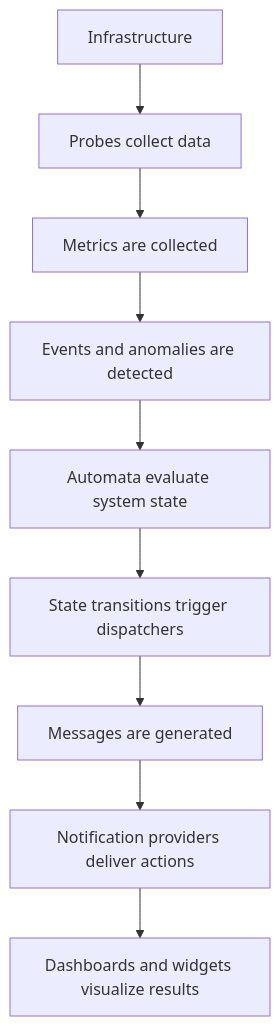
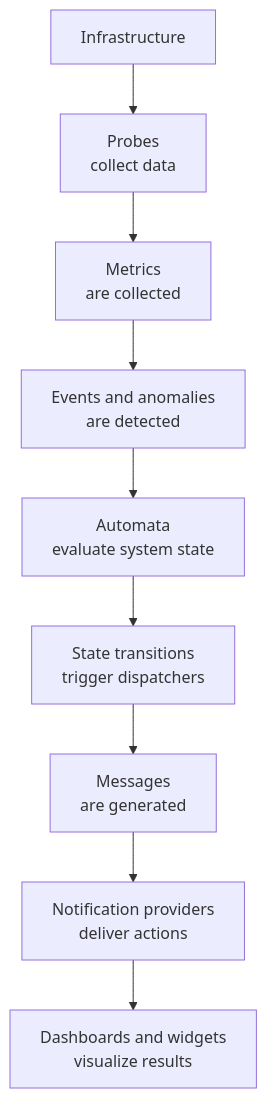
The diagram in docs/monitoring_lifecycle.md (xautomata/User-Interface-Manual), drawn with Mermaid before and after one commit. The commit also changed 9 other files, not shown here.

````diff
--- a/docs/monitoring_lifecycle.md
+++ b/docs/monitoring_lifecycle.md
@@ -13,22 +13,22 @@
 ```mermaid
 flowchart TD
 
 INF["Infrastructure"]
-P["Probes collect data"]
-M["Metrics are collected"]
-E["Events and anomalies are detected"]
-A["Automata evaluate system state"]
-ST["State transitions trigger dispatchers"]
-MSG["Messages are generated"]
-NP["Notification providers deliver actions"]
-V["Dashboards and widgets visualize results"]
+P["Probes<br>collect data"]
+M["Metrics<br>are collected"]
+E["Events and anomalies<br>are detected"]
+A["Automata<br>evaluate system state"]
+ST["State transitions<br>trigger dispatchers"]
+MSG["Messages<br>are generated"]
+NP["Notification providers<br>deliver actions"]
+V["Dashboards and widgets<br>visualize results"]
 
 INF --> P
 P --> M
 M --> E
 E --> A
 A --> ST
 ST --> MSG
 MSG --> NP
 NP --> V
 ```
````
